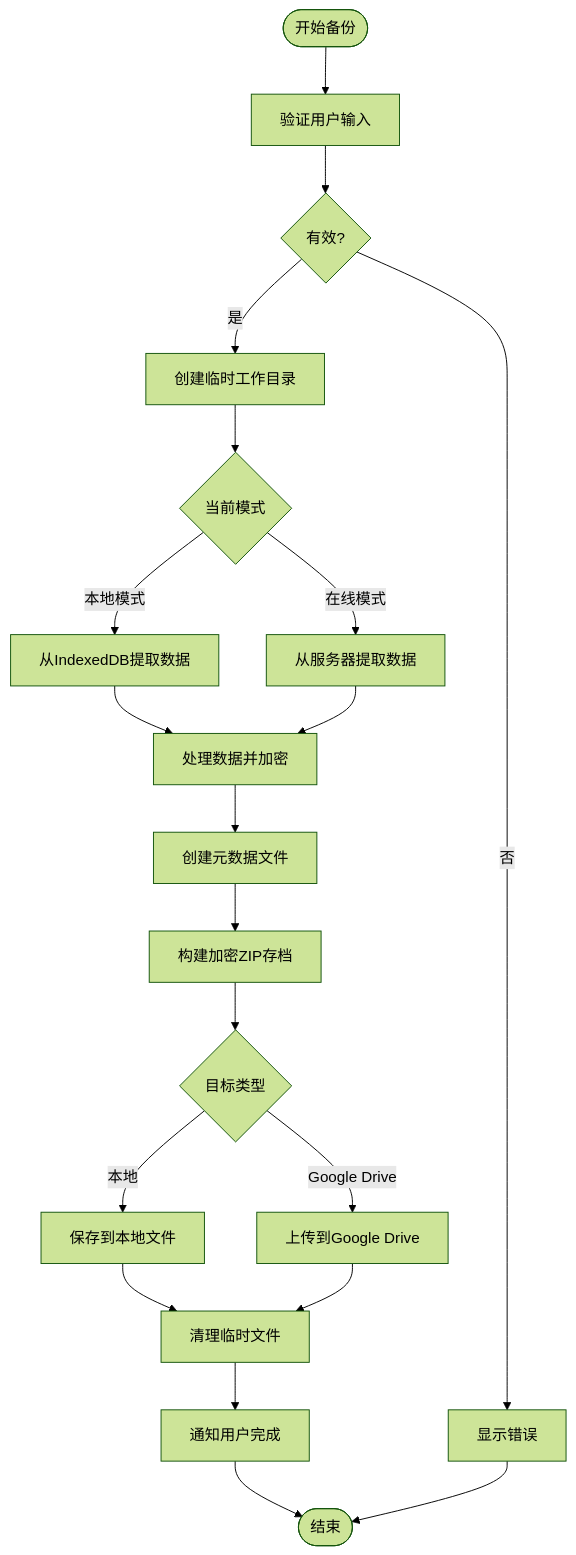
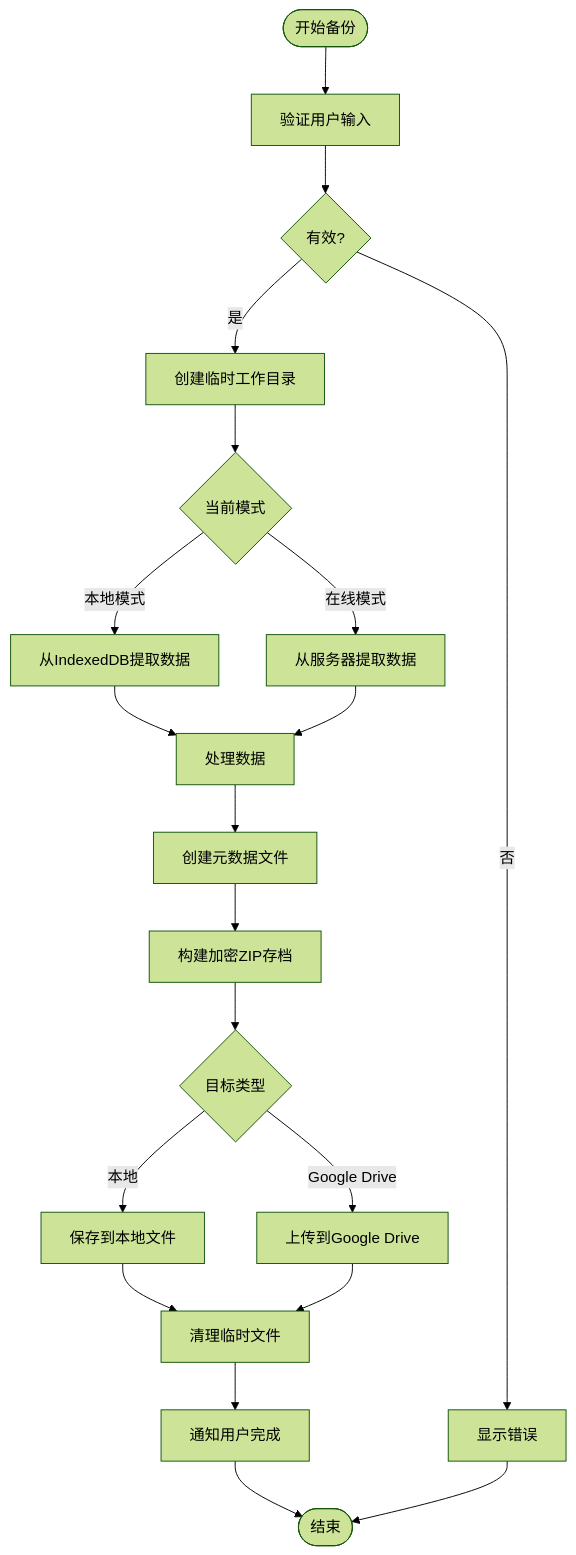
One commit to yingjianzh/iodraw-files changed the diagram in all/未命名-60.md. Above: the diagram before and after it, drawn with Mermaid (forest theme).

Commit message:
2025-05-15 13:39:38 update

````diff
--- a/all/未命名-60.md
+++ b/all/未命名-60.md
@@ -1,32 +1,32 @@
 ```mermaid
 
 
 flowchart TD
     Start([开始备份]) --> ValidateInput[验证用户输入]
     ValidateInput --> InputValid{有效?}
     InputValid -->|否| ShowError[显示错误]
     InputValid -->|是| CreateTemp[创建临时工作目录]
     
     CreateTemp --> CheckMode{当前模式}
     CheckMode -->|本地模式| ExtractFromIndexedDB[从IndexedDB提取数据]
     CheckMode -->|在线模式| ExtractFromServer[从服务器提取数据]
     
-    ExtractFromIndexedDB --> ProcessData[处理数据并加密]
+    ExtractFromIndexedDB --> ProcessData[处理数据]
     ExtractFromServer --> ProcessData
     
     ProcessData --> CreateMetadata[创建元数据文件]
     CreateMetadata --> BuildArchive[构建加密ZIP存档]
     
     BuildArchive --> DestinationType{目标类型}
     DestinationType -->|本地| SaveToLocal[保存到本地文件]
     DestinationType -->|Google Drive| UploadToGDrive[上传到Google Drive]
     
     SaveToLocal --> CleanupTemp[清理临时文件]
     UploadToGDrive --> CleanupTemp
     
     CleanupTemp --> NotifyUser[通知用户完成]
     NotifyUser --> End([结束])
     
     ShowError --> End
 
 ```
````
